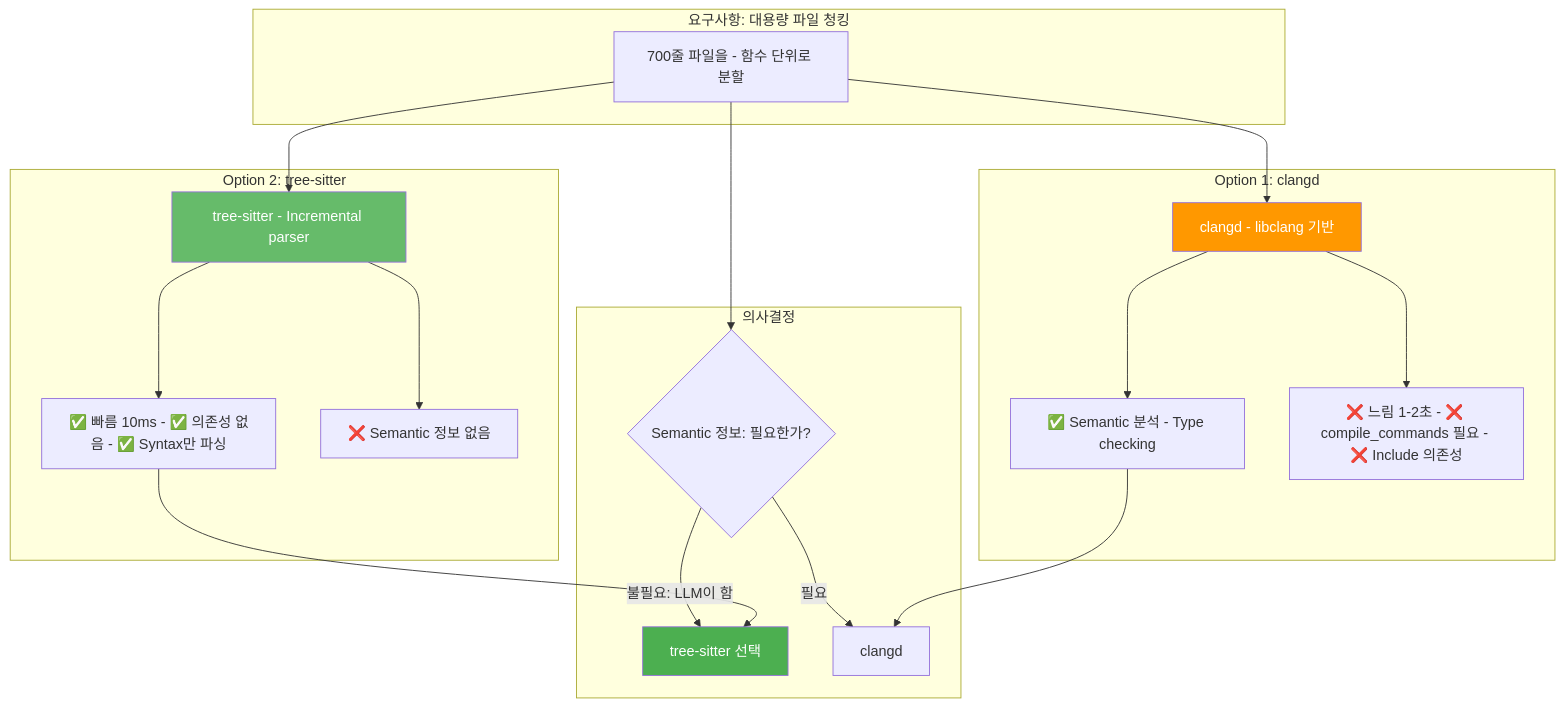
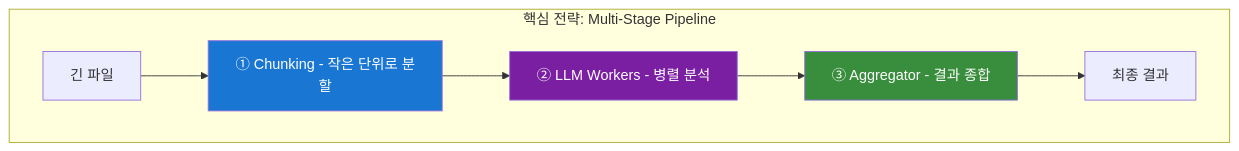
Before and after one commit to ApeachM/llm-code-reviewer: the third of 32 diagrams in PRESENTATION.md, drawn with Mermaid. The commit also changed other lines of this file and 1 other file, not shown here.

First line of the commit message:
docs: Expand "CLAUDE.md" with linting and formatting guidelines, architecture updates, and technique details

````diff
--- a/PRESENTATION.md
+++ b/PRESENTATION.md
@@ -272,33 +163,13 @@
 ```mermaid
 graph TB
-    subgraph "요구사항: 대용량 파일 청킹"
-        Req[700줄 파일을 - 함수 단위로 분할]
+    subgraph "핵심 전략: Multi-Stage Pipeline"
+        Input[긴 파일] --> Chunk[① Chunking - 작은 단위로 분할]
+        Chunk --> Workers[② LLM Workers - 병렬 분석]
+        Workers --> Aggregator[③ Aggregator - 결과 종합]
+        Aggregator --> Output[최종 결과]
     end
 
-    subgraph "Option 1: clangd"
-        Clangd[clangd - libclang 기반]
-        Clangd --> ClangPro[✅ Semantic 분석 - Type checking]
-        Clangd --> ClangCon[❌ 느림 1-2초 - ❌ compile_commands 필요 - ❌ Include 의존성]
-    end
-
-    subgraph "Option 2: tree-sitter"
-        TS[tree-sitter - Incremental parser]
-        TS --> TSPro[✅ 빠름 10ms - ✅ 의존성 없음 - ✅ Syntax만 파싱]
-        TS --> TSCon[❌ Semantic 정보 없음]
-    end
-
-    subgraph "의사결정"
-        Req --> Question{Semantic 정보: 필요한가?}
-        Question -->|불필요: LLM이 함| Choice[tree-sitter 선택]
-        Question -->|필요| ClangChoice[clangd]
-    end
-
-    Req --> Clangd
-    Req --> TS
-    TSPro --> Choice
-    ClangPro --> ClangChoice
-
-    style Choice fill:#4caf50,color:#fff
-    style TS fill:#66bb6a,color:#fff
-    style Clangd fill:#ff9800,color:#fff
+    style Chunk fill:#1976d2,color:#fff
+    style Workers fill:#7b1fa2,color:#fff
+    style Aggregator fill:#388e3c,color:#fff
 ```
````
